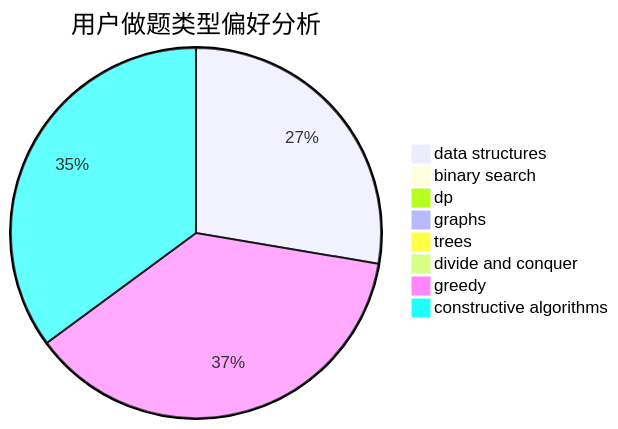
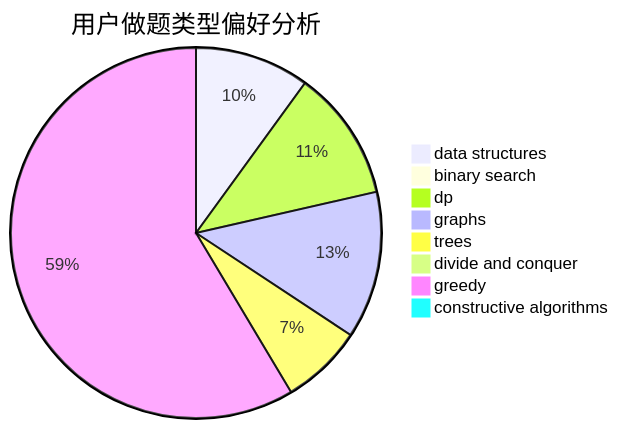
One commit to sherpahu/cfrs.github.io changed the second of 3 diagrams in docs/user/u1433.md. Above: the diagram before and after it, drawn with Mermaid. The commit also changed other lines of this file and 2770 other files, not shown here.

````diff
--- a/docs/user/u1433.md
+++ b/docs/user/u1433.md
@@ -23,11 +23,11 @@
 ```mermaid
 pie title 用户做题类型偏好分析
-    "data structures" :  52
-    "binary search" :  1
-    "dp" :  1
-    "graphs" :  0
-    "trees" :  0
+    "data structures" :  7
+    "binary search" :  0
+    "dp" :  8
+    "graphs" :  9
+    "trees" :  5
     "divide and conquer" :  0
-    "greedy" :  70
-    "constructive algorithms" :  66
+    "greedy" :  41
+    "constructive algorithms" :  0
 ```
````
